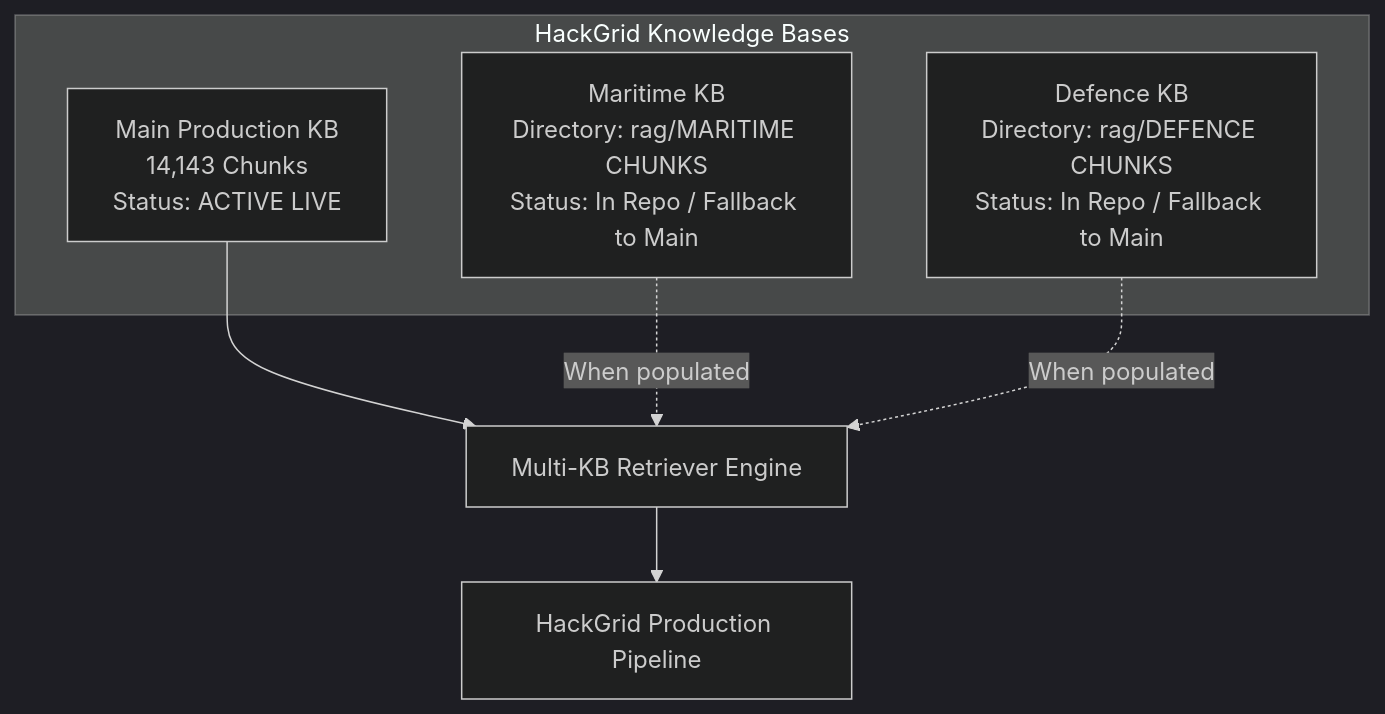
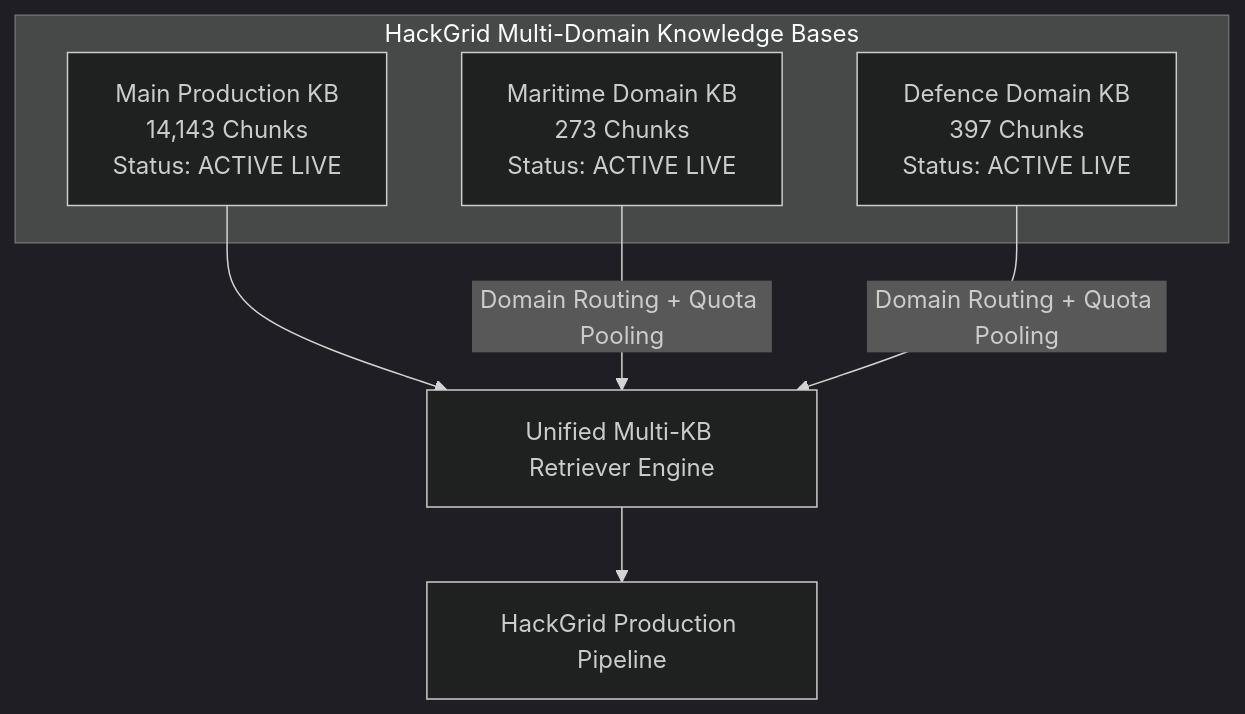
The fourth of 12 diagrams in README.md (shashankRF/HackGrid--An-Evidence-Grounded-Jurisdiction-Aware-Multi-Agent-Framework-), drawn with Mermaid (dark theme) before and after one commit. The commit also changed other lines of this file and 17 other files, not shown here.

First line of the commit message:
feat: operationalize multi-domain RAG with Main, Defence, and Maritime KBs

````diff
--- a/README.md
+++ b/README.md
@@ -270,13 +277,13 @@
 ```mermaid
 flowchart TD
-    subgraph Knowledge_Bases [HackGrid Knowledge Bases]
+    subgraph Knowledge_Bases [HackGrid Multi-Domain Knowledge Bases]
         MainKB[Main Production KB<br/>14,143 Chunks<br/>Status: ACTIVE LIVE]
-        MaritimeKB[Maritime KB<br/>Directory: rag/MARITIME CHUNKS<br/>Status: In Repo / Fallback to Main]
-        DefenceKB[Defence KB<br/>Directory: rag/DEFENCE CHUNKS<br/>Status: In Repo / Fallback to Main]
+        MaritimeKB[Maritime Domain KB<br/>273 Chunks<br/>Status: ACTIVE LIVE]
+        DefenceKB[Defence Domain KB<br/>397 Chunks<br/>Status: ACTIVE LIVE]
     end
 
-    MainKB --> UnifiedRetriever[Multi-KB Retriever Engine]
-    MaritimeKB -.->|When populated| UnifiedRetriever
-    DefenceKB -.->|When populated| UnifiedRetriever
+    MainKB --> UnifiedRetriever[Unified Multi-KB Retriever Engine]
+    MaritimeKB -->|Domain Routing + Quota Pooling| UnifiedRetriever
+    DefenceKB -->|Domain Routing + Quota Pooling| UnifiedRetriever
     UnifiedRetriever --> Pipeline[HackGrid Production Pipeline]
 ```
````
